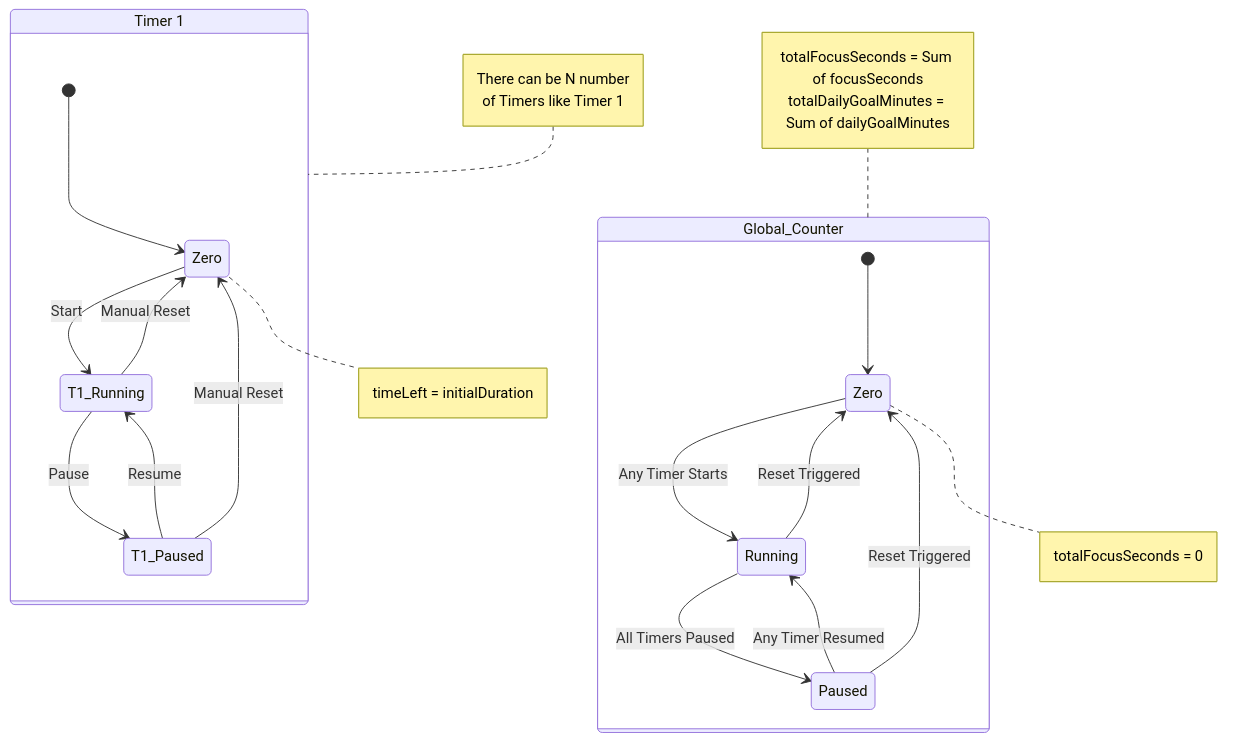
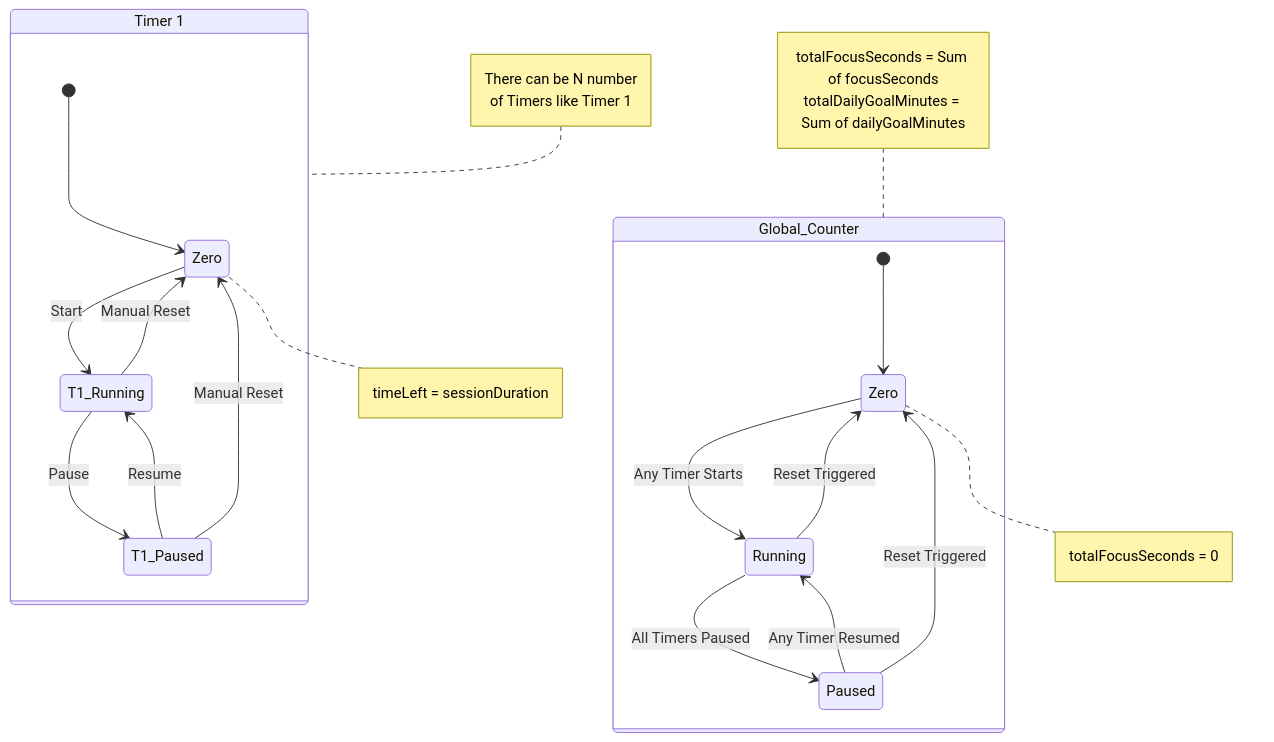
Before and after one commit to SheoranRavi/focus-flow: the fifth of 7 diagrams in docs/diagrams.md, drawn with Mermaid. The commit also changed other lines of this file and 9 other files, not shown here.

````diff
--- a/docs/diagrams.md
+++ b/docs/diagrams.md
@@ -91,40 +91,40 @@
 ```mermaid
 
 stateDiagram-v2
     direction TB
 
     state "Timer 1" as T1{
         state "Zero" as Zero_T1
         [*] --> Zero_T1
         Zero_T1 --> T1_Running : Start
         T1_Running --> T1_Paused : Pause
         T1_Paused --> T1_Running : Resume
         T1_Running --> Zero_T1 : Manual Reset
         T1_Paused --> Zero_T1 : Manual Reset
 
         note right of Zero_T1
-            timeLeft = initialDuration
+            timeLeft = sessionDuration
         end note
     }
     
     note left of T1
         There can be N number <br/>of Timers like Timer 1
     end note
     
     state Global_Counter{
         [*] --> Zero
         Zero --> Running : Any Timer Starts
         Running --> Paused : All Timers Paused
         Paused --> Running : Any Timer Resumed
         Paused --> Zero : Reset Triggered
         Running --> Zero : Reset Triggered
     }
     note left of Global_Counter
         totalFocusSeconds = Sum of focusSeconds
         totalDailyGoalMinutes = Sum of dailyGoalMinutes
     end note
     note right of Zero
         totalFocusSeconds = 0
     end note
 
 ```
````
